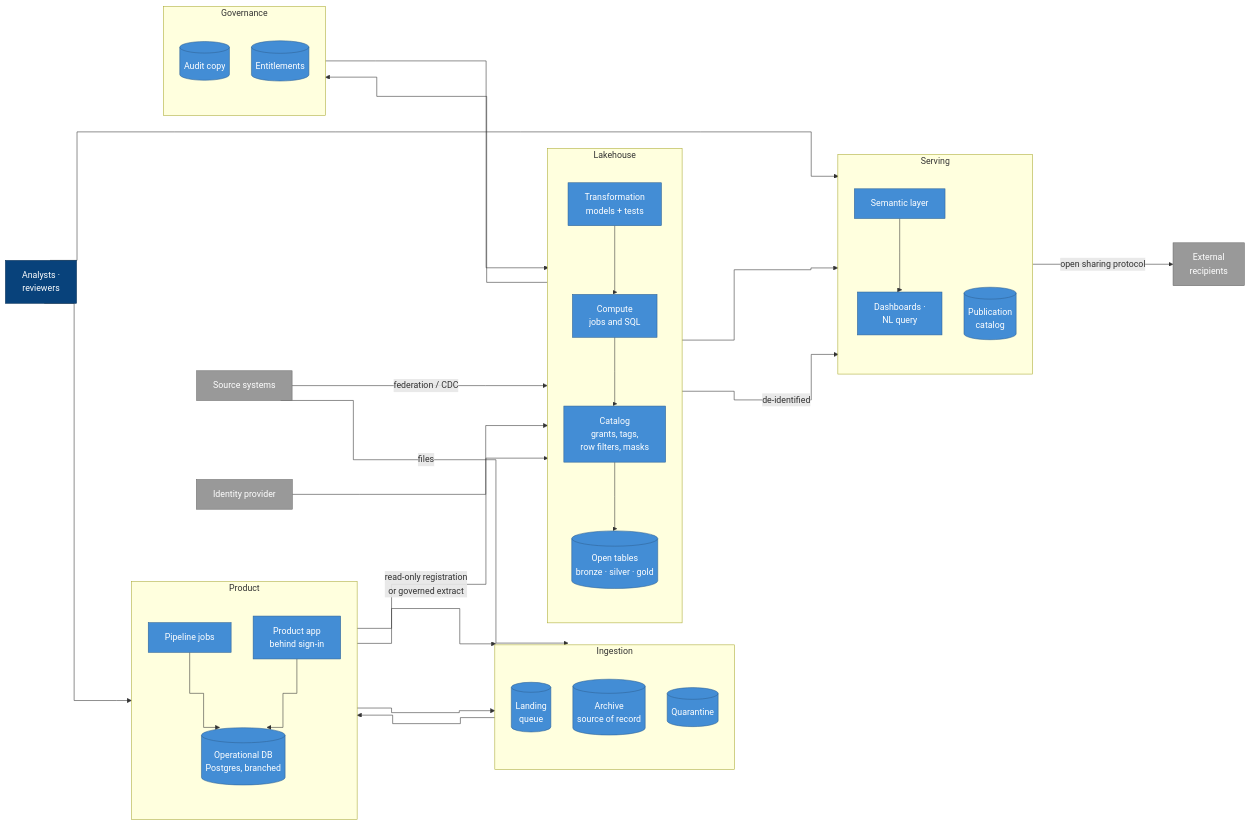
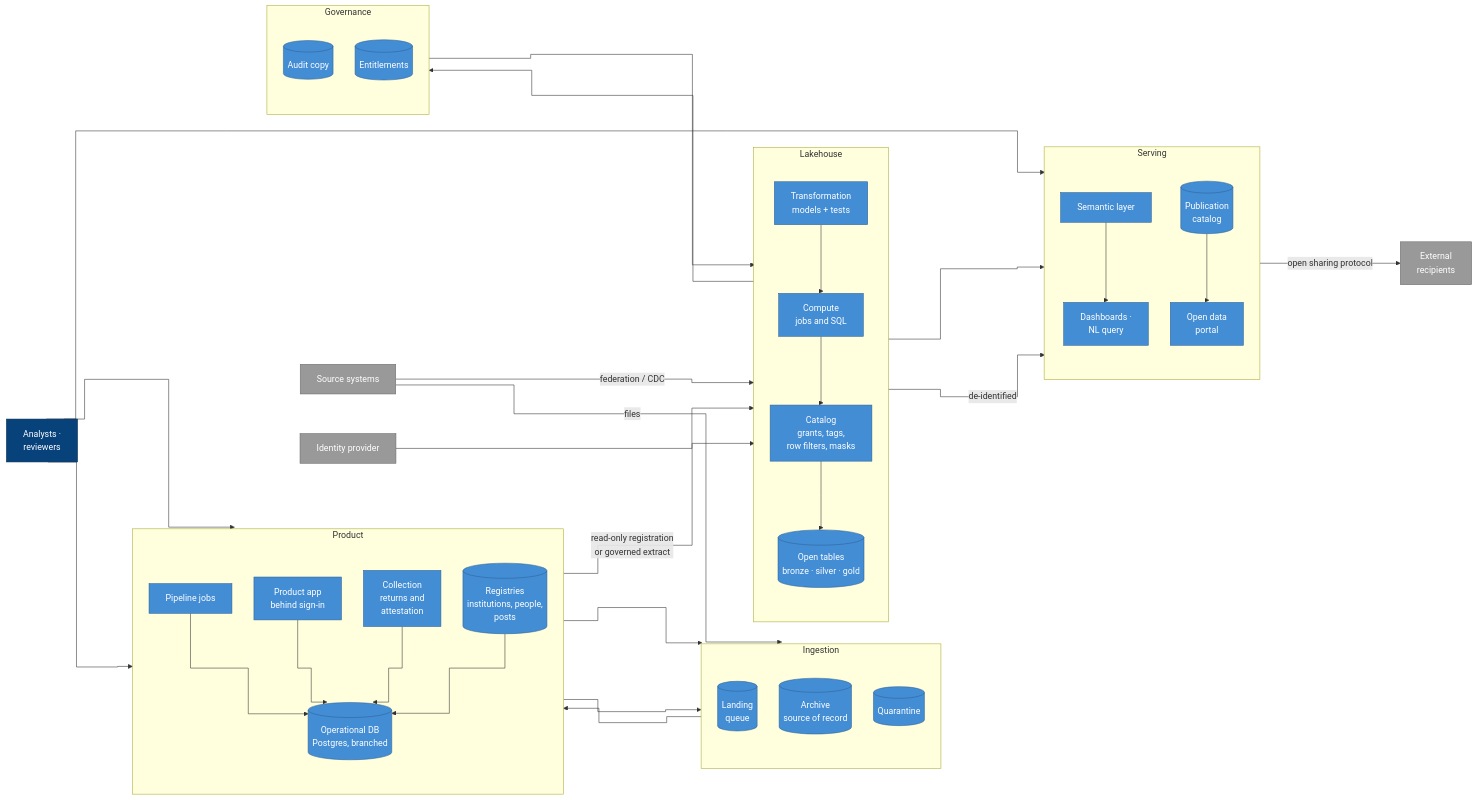
The third of 5 diagrams in docs/architecture/README.md (LumenOSS/blueprint), drawn with Mermaid before and after one commit. The commit also changed other lines of this file and 69 other files, not shown here.

````diff
--- a/docs/architecture/README.md
+++ b/docs/architecture/README.md
@@ -150,74 +158,81 @@
 ```mermaid
 ---
 config:
   flowchart:
     curve: step
     nodeSpacing: 40
     rankSpacing: 100
 ---
 flowchart LR
   classDef person fill:#08427b,stroke:#052e56,color:#fff
   classDef box fill:#438dd5,stroke:#2e6295,color:#fff
   classDef ext fill:#999,stroke:#6b6b6b,color:#fff
 
   src["Source systems"]:::ext
   idp["Identity provider"]:::ext
   users["Analysts ·<br/>reviewers"]:::person
   recip["External<br/>recipients"]:::ext
 
   subgraph ingest["Ingestion"]
     direction TB
     landing[("Landing<br/>queue")]:::box
     archive[("Archive<br/>source of record")]:::box
     quar[("Quarantine")]:::box
   end
 
   subgraph product["Product"]
     direction TB
+    reg[("Registries<br/>institutions, people,<br/>posts")]:::box
+    collect["Collection<br/>returns and<br/>attestation"]:::box
     app["Product app<br/>behind sign-in"]:::box
     pipe["Pipeline jobs"]:::box
     oltp[("Operational DB<br/>Postgres, branched")]:::box
   end
 
   subgraph lake["Lakehouse"]
     direction TB
     catalog["Catalog<br/>grants, tags,<br/>row filters, masks"]:::box
     tables[("Open tables<br/>bronze · silver · gold")]:::box
     compute["Compute<br/>jobs and SQL"]:::box
     models["Transformation<br/>models + tests"]:::box
   end
 
   subgraph serve["Serving"]
     direction TB
     sem["Semantic layer"]:::box
     bi["Dashboards ·<br/>NL query"]:::box
     pub[("Publication<br/>catalog")]:::box
+    portal["Open data<br/>portal"]:::box
   end
 
   subgraph gov["Governance"]
     direction TB
     audit[("Audit copy")]:::box
     ent[("Entitlements")]:::box
   end
 
   src -->|files| landing
   src -->|federation / CDC| catalog
   landing --> pipe
   pipe --> archive
   pipe --> quar
   pipe --> oltp
   app --> oltp
   users --> app
   oltp -->|read-only registration<br/>or governed extract| catalog
   catalog --> tables
   compute --> catalog
   models --> compute
   tables --> sem
   sem --> bi
   users --> bi
   models -->|de-identified| pub
   pub -->|open sharing protocol| recip
+  pub --> portal
+  collect --> oltp
+  reg --> oltp
+  users --> collect
   idp --> catalog
   ent --> catalog
   catalog --> audit
 ```
````
